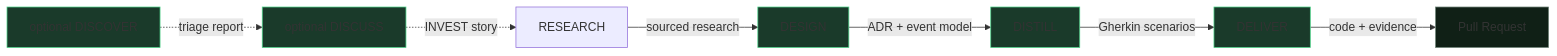
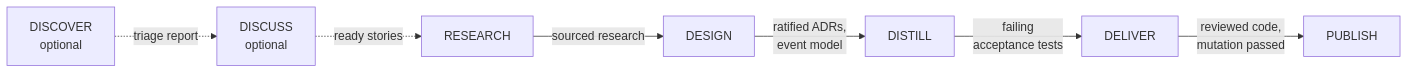
Before and after one commit to SebastienDegodez/skraft-plugin: the diagram in docs/site/en/explanation/pipeline/index.md, drawn with Mermaid. The commit also changed other lines of this file and 17 other files, not shown here.

````diff
--- a/docs/site/en/explanation/pipeline/index.md
+++ b/docs/site/en/explanation/pipeline/index.md
@@ -36,15 +40,9 @@
 ```mermaid
 graph LR
-    D[optional DISCOVER] -.->|triage report| DI[optional DISCUSS]
-    DI -.->|INVEST story| R[RESEARCH]
+    D[DISCOVER<br/>optional] -.->|triage report| DI[DISCUSS<br/>optional]
+    DI -.->|ready stories| R[RESEARCH]
     R -->|sourced research| DE[DESIGN]
-    DE -->|ADR + event model| DIS[DISTILL]
-    DIS -->|Gherkin scenarios| DEL[DELIVER]
-    DEL -->|code + evidence| PR[Pull Request]
-    style D fill:#1a3a2a,stroke:#4ed58a
-    style DI fill:#1a3a2a,stroke:#4ed58a
-    style DE fill:#1a3a2a,stroke:#4ed58a
-    style DIS fill:#1a3a2a,stroke:#4ed58a
-    style DEL fill:#1a3a2a,stroke:#4ed58a
-    style PR fill:#102016,stroke:#6f8478
+    DE -->|ratified ADRs,<br/>event model| DIS[DISTILL]
+    DIS -->|failing<br/>acceptance tests| DEL[DELIVER]
+    DEL -->|reviewed code,<br/>mutation passed| P[PUBLISH]
 ```
````
